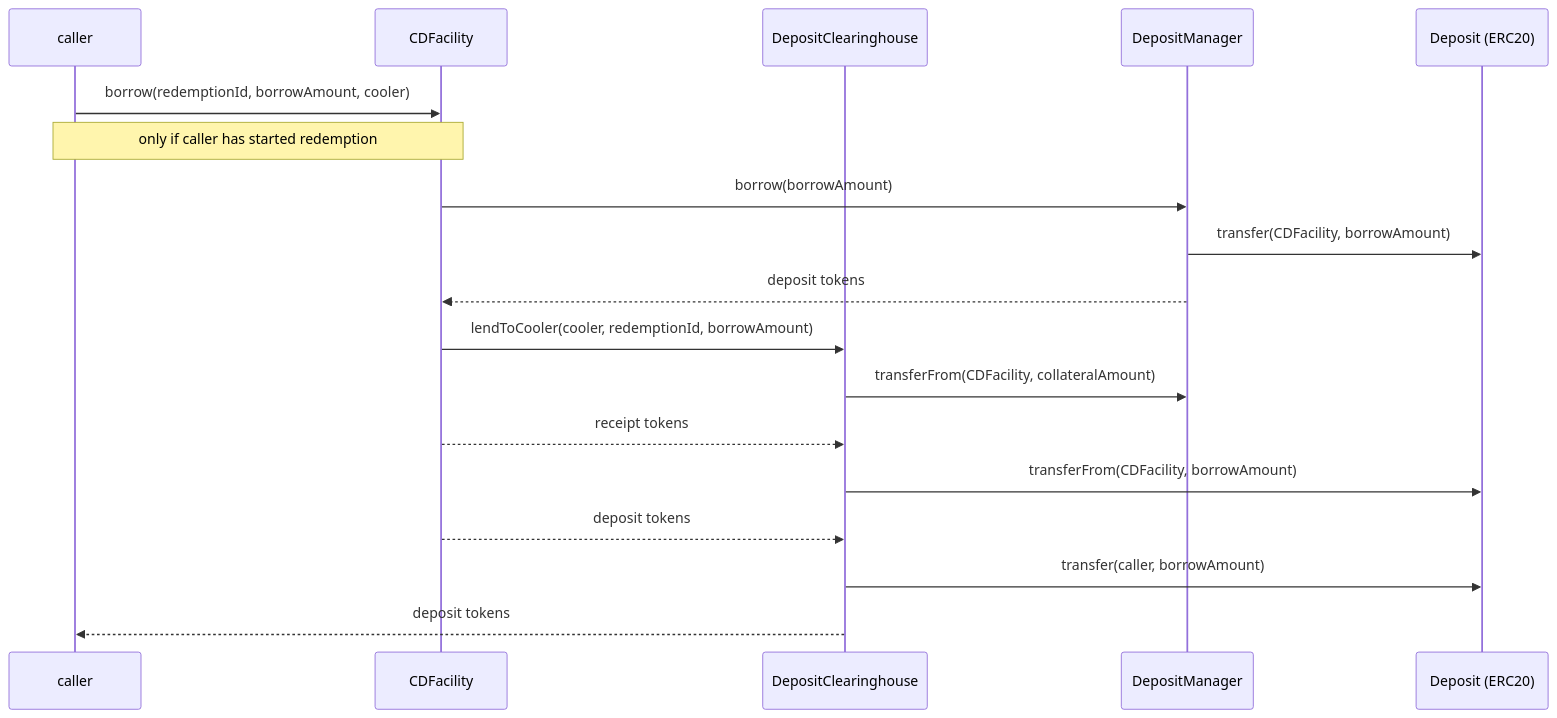
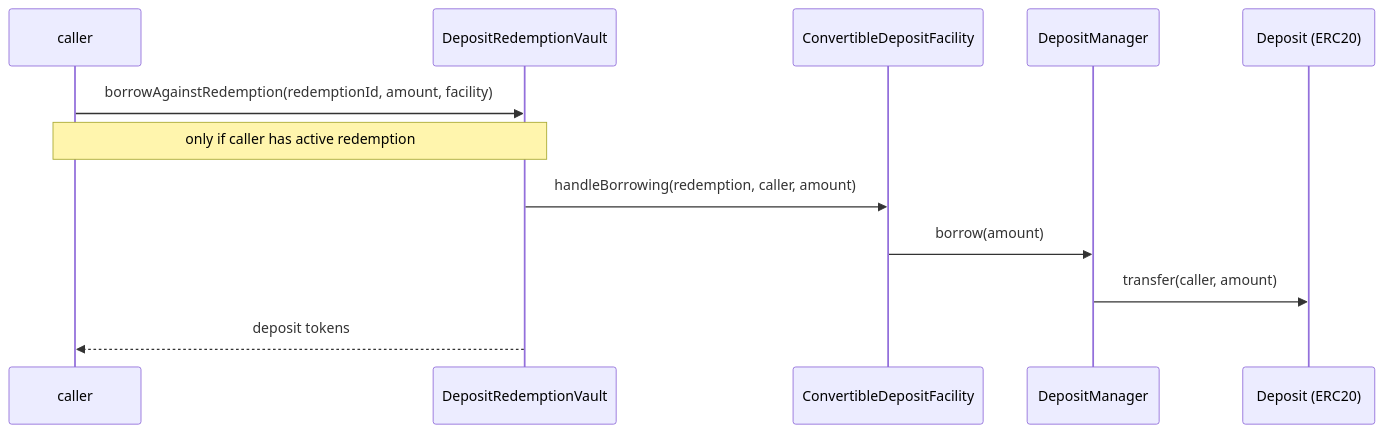
The ninth of 9 diagrams in audit/2025-01_convertible-deposits/README.md (OlympusDAO/olympus-v3), drawn with Mermaid before and after one commit. The commit also changed other lines of this file and 1 other file, not shown here.

````diff
--- a/audit/2025-01_convertible-deposits/README.md
+++ b/audit/2025-01_convertible-deposits/README.md
@@ -400,21 +413,15 @@
 ```mermaid
 sequenceDiagram
     participant caller
-    participant CDFacility
-    participant DepositClearinghouse
+    participant DepositRedemptionVault
+    participant ConvertibleDepositFacility
     participant DepositManager
     participant DepositToken as Deposit (ERC20)
 
-    caller->>CDFacility: borrow(redemptionId, borrowAmount, cooler)
-    note over caller, CDFacility: only if caller has started redemption
-    CDFacility->>DepositManager: borrow(borrowAmount)
-    DepositManager->>DepositToken: transfer(CDFacility, borrowAmount)
-    DepositManager-->>CDFacility: deposit tokens
-    CDFacility->>DepositClearinghouse: lendToCooler(cooler, redemptionId, borrowAmount)
-    DepositClearinghouse->>DepositManager: transferFrom(CDFacility, collateralAmount)
-    CDFacility-->>DepositClearinghouse: receipt tokens
-    DepositClearinghouse->>DepositToken: transferFrom(CDFacility, borrowAmount)
-    CDFacility-->>DepositClearinghouse: deposit tokens
-    DepositClearinghouse->>DepositToken: transfer(caller, borrowAmount)
-    DepositClearinghouse-->>caller: deposit tokens
+    caller->>DepositRedemptionVault: borrowAgainstRedemption(redemptionId, amount, facility)
+    note over caller, DepositRedemptionVault: only if caller has active redemption
+    DepositRedemptionVault->>ConvertibleDepositFacility: handleBorrowing(redemption, caller, amount)
+    ConvertibleDepositFacility->>DepositManager: borrow(amount)
+    DepositManager->>DepositToken: transfer(caller, amount)
+    DepositRedemptionVault-->>caller: deposit tokens
 ```
````
